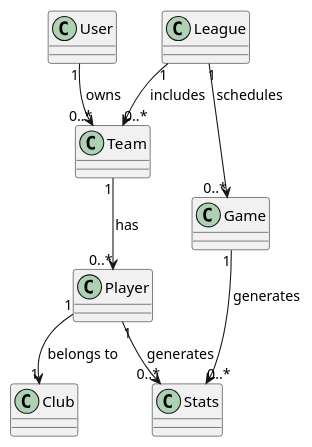
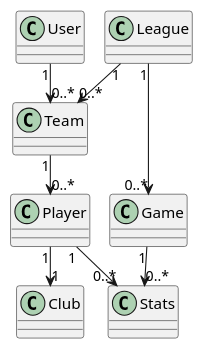
One commit to tobiashardoe/SP-4-EK-FANTASYFUT changed the diagram in doc/Domainmodel.puml. Above: the diagram before and after it, drawn with PlantUML. The commit also changed 3 other files, not shown here.

```diff
--- a/doc/Domainmodel.puml
+++ b/doc/Domainmodel.puml
@@ -1,39 +1,39 @@
     @startuml
 !pragma layout smetana
 
 class User {
 }
 
 class Team {
 }
 
 class Player {
 }
 
 class Club {
 }
 
 class Stats {
 }
 
 class League {
 }
 
 class Game {
 }
 
-User "1" --> "0..*" Team : owns >
+User "1" --> "0..*" Team : >
 
-Team "1" --> "0..*" Player : has >
+Team "1" --> "0..*" Player : >
 
-Player "1" --> "1" Club : belongs to >
+Player "1" --> "1" Club : >
 
-Player "1" --> "0..*" Stats : generates >
+Player "1" --> "0..*" Stats :>
 
-League "1" --> "0..*" Team : includes >
+League "1" --> "0..*" Team : >
 
-League "1" --> "0..*" Game : schedules >
+League "1" --> "0..*" Game : >
 
-Game "1" --> "0..*" Stats : generates >
+Game "1" --> "0..*" Stats : >
 
 @enduml
```
